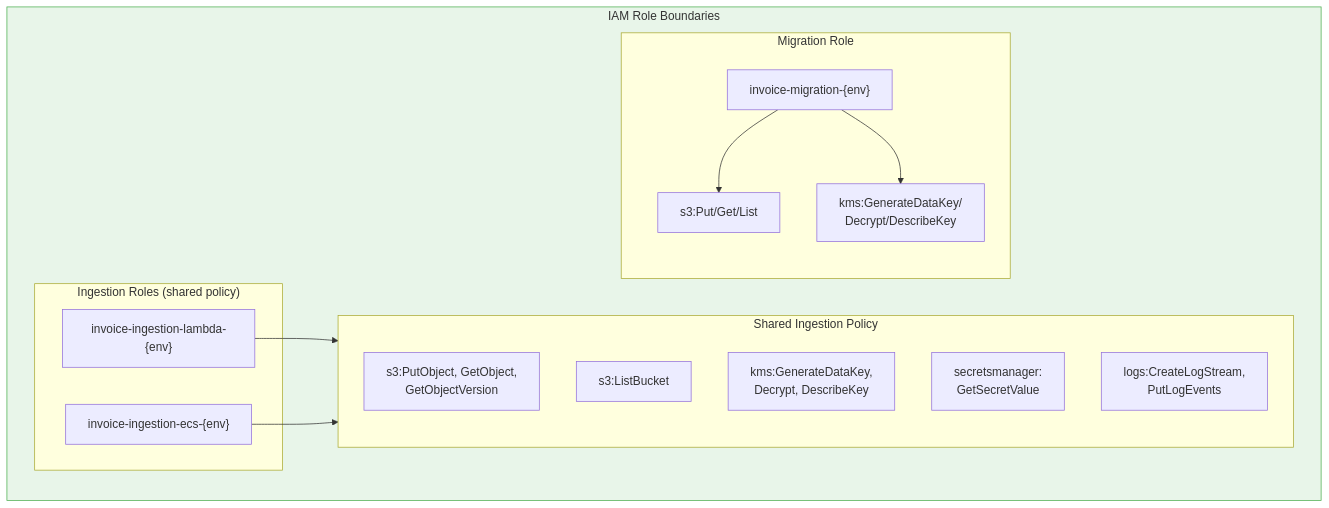
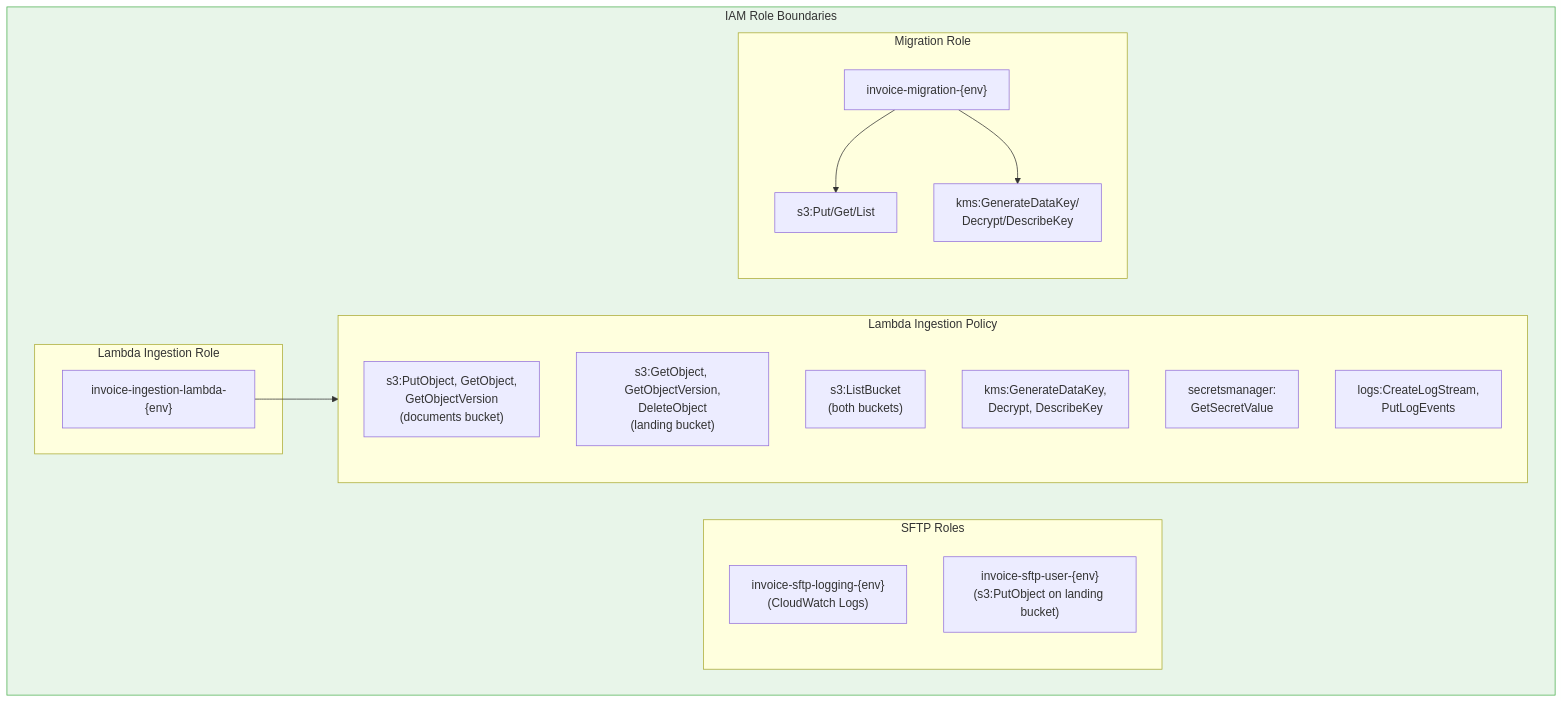
Before and after one commit to kumarmedasani/invoice-document-storage: the ninth of 10 diagrams in docs/ARCHITECTURE.md, drawn with Mermaid. The commit also changed other lines of this file and 7 other files, not shown here.

First line of the commit message:
Update all documentation for two-bucket landing zone design

````diff
--- a/docs/ARCHITECTURE.md
+++ b/docs/ARCHITECTURE.md
@@ -406,30 +413,34 @@
 ```mermaid
 graph TD
     subgraph IAMBoundary["IAM Role Boundaries"]
-        subgraph Ingestion["Ingestion Roles (shared policy)"]
+        subgraph Ingestion["Lambda Ingestion Role"]
             LambdaRole["invoice-ingestion-lambda-{env}"]
-            ECSRole["invoice-ingestion-ecs-{env}"]
         end
 
-        subgraph IngestionPerms["Shared Ingestion Policy"]
-            S3Put["s3:PutObject, GetObject,<br/>GetObjectVersion"]
-            S3List["s3:ListBucket"]
+        subgraph IngestionPerms["Lambda Ingestion Policy"]
+            S3DocsPut["s3:PutObject, GetObject,<br/>GetObjectVersion<br/>(documents bucket)"]
+            S3LandingRead["s3:GetObject, GetObjectVersion,<br/>DeleteObject<br/>(landing bucket)"]
+            S3List["s3:ListBucket<br/>(both buckets)"]
             KMSUse["kms:GenerateDataKey,<br/>Decrypt, DescribeKey"]
             SMGet["secretsmanager:<br/>GetSecretValue"]
             CWWrite["logs:CreateLogStream,<br/>PutLogEvents"]
+        end
+
+        subgraph SFTP["SFTP Roles"]
+            SFTPLogging["invoice-sftp-logging-{env}<br/>(CloudWatch Logs)"]
+            SFTPUser["invoice-sftp-user-{env}<br/>(s3:PutObject on landing bucket)"]
         end
 
         subgraph Migration["Migration Role"]
             MigRole["invoice-migration-{env}"]
             MigS3["s3:Put/Get/List"]
             MigKMS["kms:GenerateDataKey/<br/>Decrypt/DescribeKey"]
         end
 
         LambdaRole --> IngestionPerms
-        ECSRole --> IngestionPerms
         MigRole --> MigS3
         MigRole --> MigKMS
     end
 
     style IAMBoundary fill:#e8f5e9,stroke:#4caf50
 ```
````
